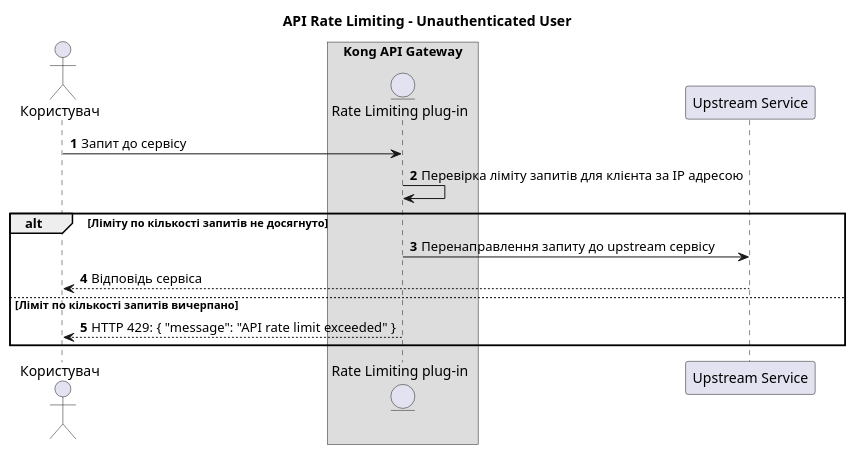
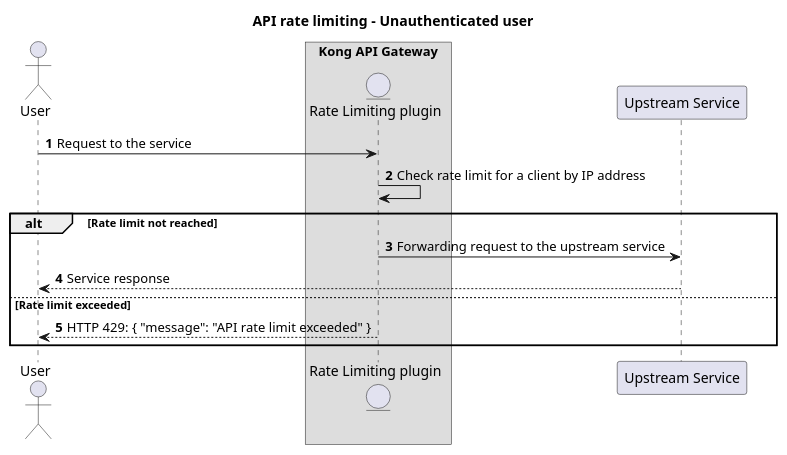
One commit to epam/edp-ddm-architecture changed the diagram in docs/en/modules/registry-develop/partials/registry-admin/api-rate-limiting-unauthenticated-user.puml. Above: the diagram before and after it, drawn with PlantUML. The commit also changed 957 other files, not shown here.

```diff
--- a/docs/en/modules/registry-develop/partials/registry-admin/api-rate-limiting-unauthenticated-user.puml
+++ b/docs/en/modules/registry-develop/partials/registry-admin/api-rate-limiting-unauthenticated-user.puml
@@ -1,28 +1,28 @@
 @startuml
 autonumber
 skinparam ParticipantPadding 20
-title "API Rate Limiting - Unauthenticated User"
+title "API rate limiting - Unauthenticated user"
 
 'This is a single line comment
 
 /'
 This is a multi-
 line comment
 '/
 
-actor "Користувач" as User
+actor "User" as User
 box "Kong API Gateway"
-entity "Rate Limiting plug-in" as ratel
+entity "Rate Limiting plugin" as ratel
 end box
 participant "Upstream Service" as service
 
-User -> ratel : Запит до сервісу
-ratel -> ratel : Перевірка ліміту запитів для клієнта за ІР адресою
-alt Ліміту по кількості запитів не досягнуто
-ratel -> service: Перенаправлення запиту до upstream сервісу
-service --> User : Відповідь сервіса
-else Ліміт по кількості запитів вичерпано
+User -> ratel : Request to the service
+ratel -> ratel : Check rate limit for a client by IP address
+alt Rate limit not reached
+ratel -> service: Forwarding request to the upstream service
+service --> User : Service response
+else Rate limit exceeded
 ratel --> User: HTTP 429: { "message": "API rate limit exceeded" }
 end
 
 @enduml
```
